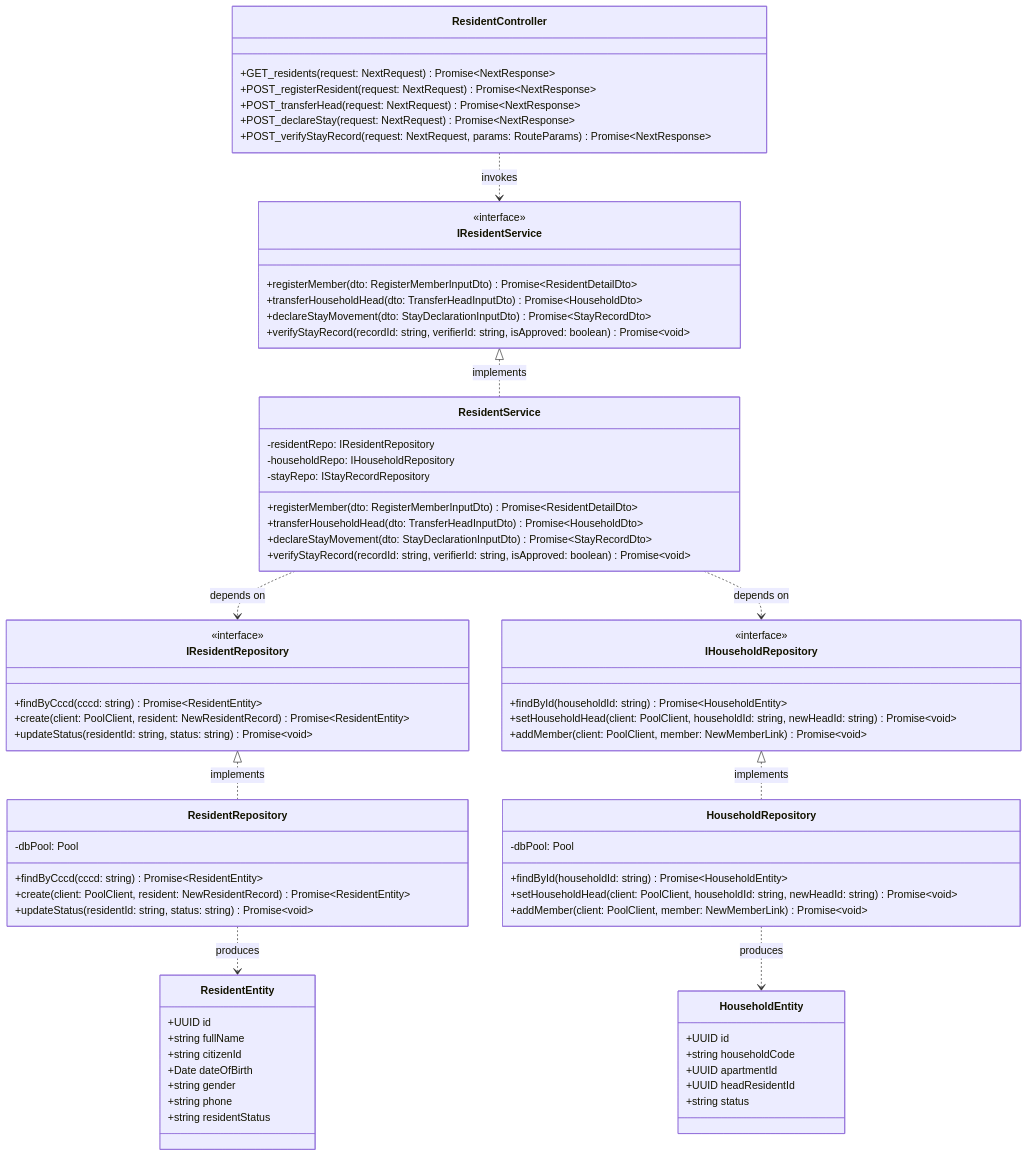
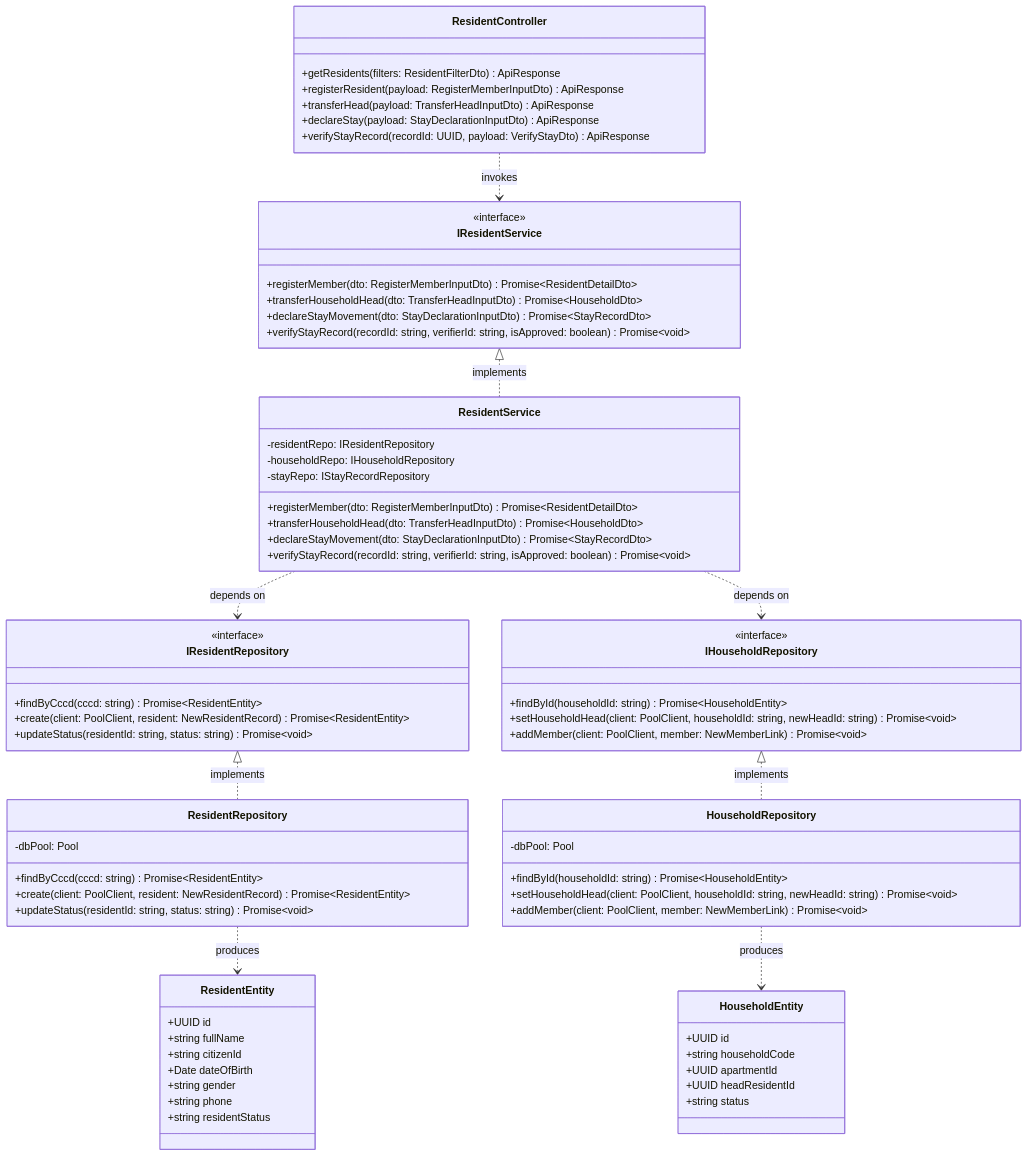
One commit to QuanAnh280605/NguyenAnhQuan-Household-Management changed the second of 8 diagrams in docs/DETAILED_CLASS_AND_SEQUENCE_DIAGRAMS.md. Above: the diagram before and after it, drawn with Mermaid. The commit also changed other lines of this file and 7 other files, not shown here.

Commit message:
docs: synchronize architecture specifications, dual-mode ingress diagrams, and ADR-0009 index

````diff
--- a/docs/DETAILED_CLASS_AND_SEQUENCE_DIAGRAMS.md
+++ b/docs/DETAILED_CLASS_AND_SEQUENCE_DIAGRAMS.md
@@ -163,12 +163,12 @@
 ```mermaid
 classDiagram
-    %% PRESENTATION TIER
+    %% PRESENTATION TIER (FASTAPI INGRESS / REST CONTROLLER)
     class ResidentController {
-        +GET_residents(request: NextRequest) Promise~NextResponse~
-        +POST_registerResident(request: NextRequest) Promise~NextResponse~
-        +POST_transferHead(request: NextRequest) Promise~NextResponse~
-        +POST_declareStay(request: NextRequest) Promise~NextResponse~
-        +POST_verifyStayRecord(request: NextRequest, params: RouteParams) Promise~NextResponse~
+        +getResidents(filters: ResidentFilterDto) ApiResponse
+        +registerResident(payload: RegisterMemberInputDto) ApiResponse
+        +transferHead(payload: TransferHeadInputDto) ApiResponse
+        +declareStay(payload: StayDeclarationInputDto) ApiResponse
+        +verifyStayRecord(recordId: UUID, payload: VerifyStayDto) ApiResponse
     }
 
     %% BUSINESS LOGIC TIER
````
